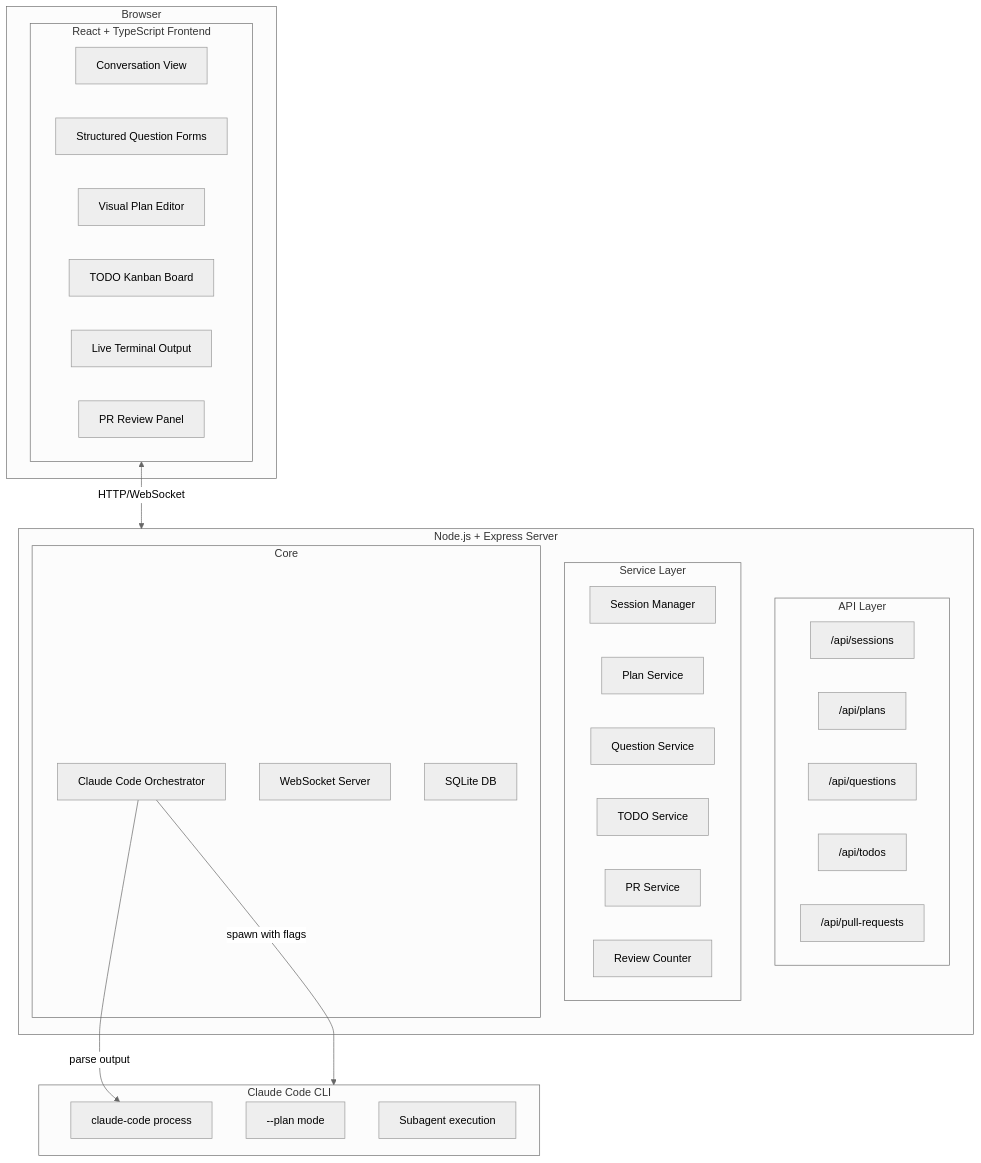
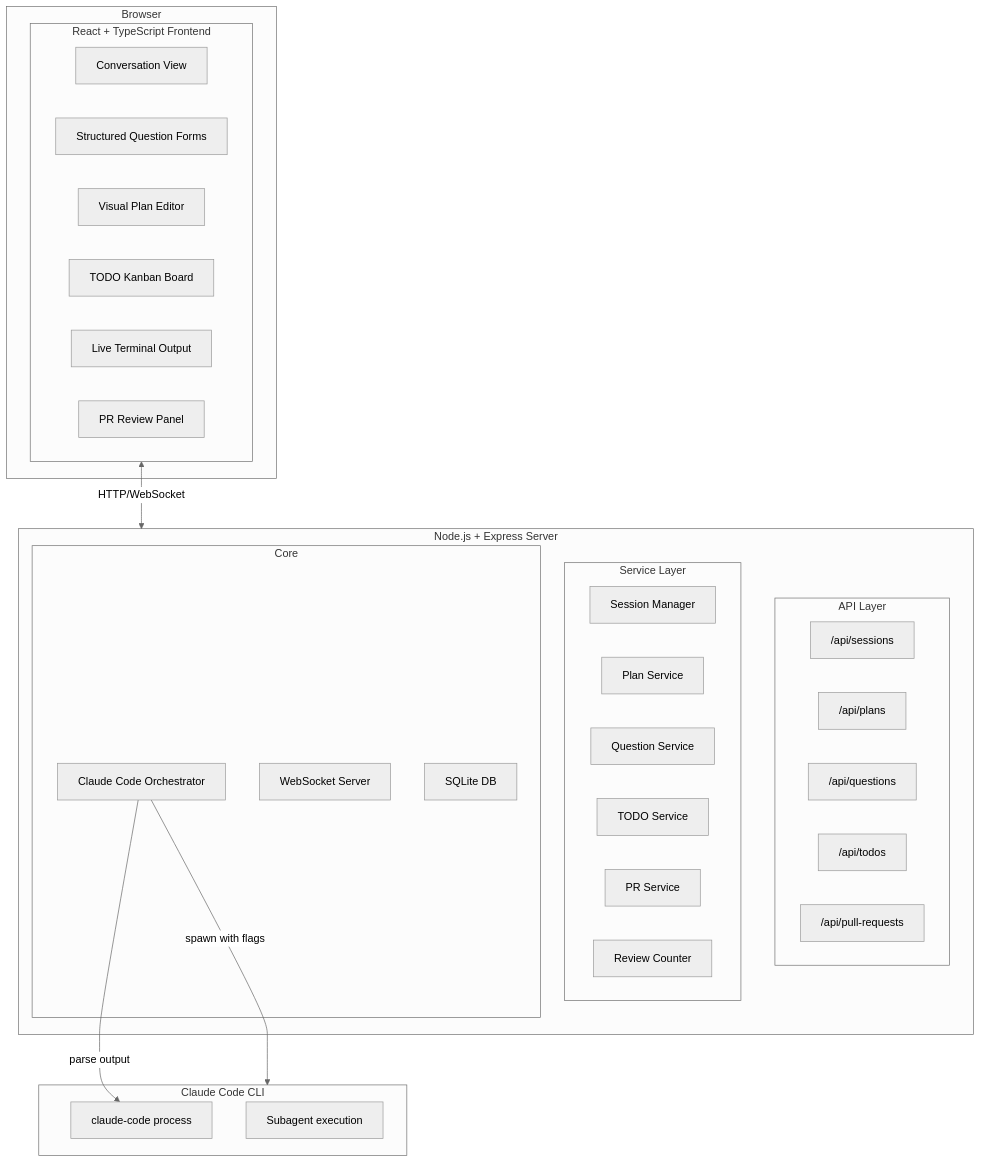
Before and after one commit to clrke/ralph-web: the second of 15 diagrams in README.md, drawn with Mermaid (neutral theme). The commit also changed other lines of this file, not shown here.

First line of the commit message:
Address fifth review: TODO flow, network access, and cleanup

````diff
--- a/README.md
+++ b/README.md
@@ -133,46 +132,45 @@
 ```mermaid
 flowchart TB
     subgraph Browser["Browser"]
         subgraph Frontend["React + TypeScript Frontend"]
             Chat["Conversation View"]
             Forms["Structured Question Forms"]
             PlanEditor["Visual Plan Editor"]
             TodoKanban["TODO Kanban Board"]
             Terminal["Live Terminal Output"]
             PRView["PR Review Panel"]
         end
     end
 
     subgraph Server["Node.js + Express Server"]
         subgraph API["API Layer"]
             SessionAPI["/api/sessions"]
             PlanAPI["/api/plans"]
             QuestionsAPI["/api/questions"]
             TodoAPI["/api/todos"]
             PRAPI["/api/pull-requests"]
         end
         subgraph Services["Service Layer"]
             SessionMgr["Session Manager"]
             PlanService["Plan Service"]
             QuestionService["Question Service"]
             TodoService["TODO Service"]
             PRService["PR Service"]
             ReviewService["Review Counter"]
         end
         subgraph Core["Core"]
             ClaudeOrchestrator["Claude Code Orchestrator"]
             WSServer["WebSocket Server"]
             SQLite["SQLite DB"]
         end
     end
 
     subgraph ClaudeCode["Claude Code CLI"]
         CC["claude-code process"]
-        PlanMode["--plan mode"]
         Subagents["Subagent execution"]
     end
 
     Frontend <-->|HTTP/WebSocket| Server
     ClaudeOrchestrator -->|"spawn with flags"| ClaudeCode
     ClaudeOrchestrator -->|"parse output"| CC
 ```
````
